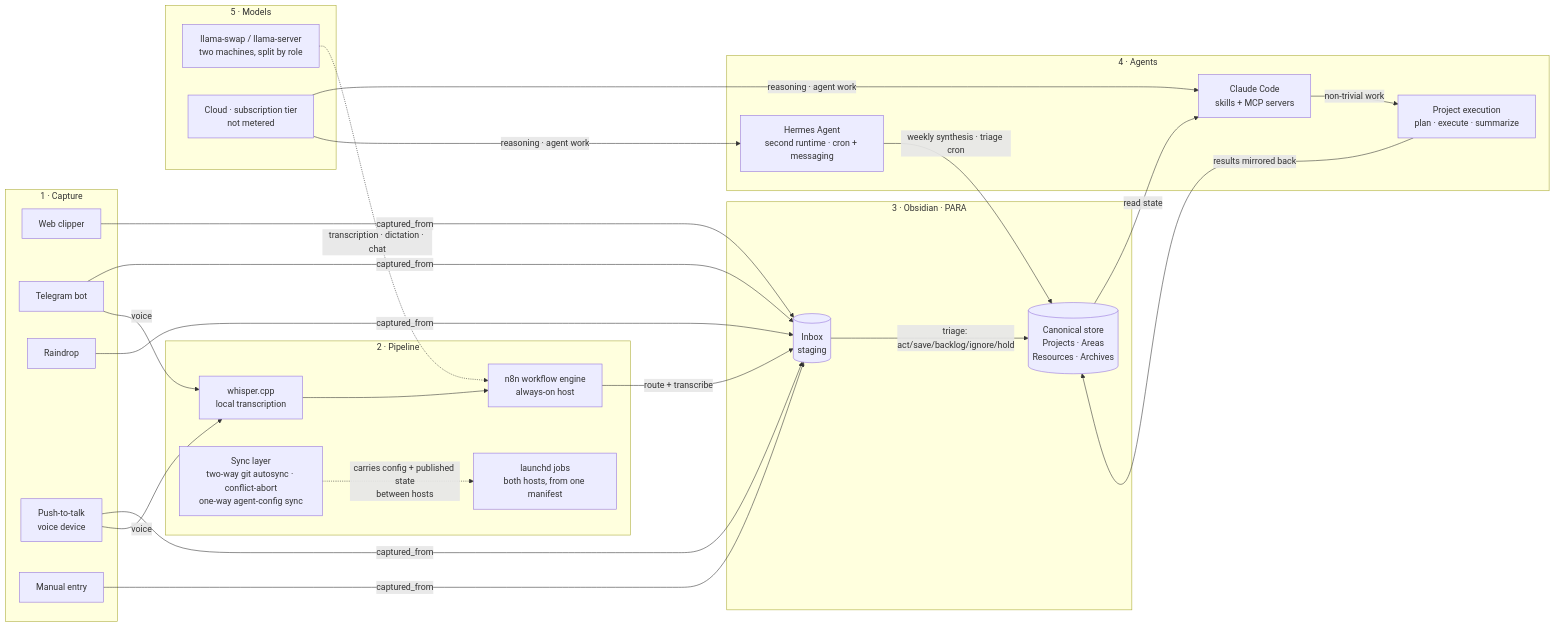
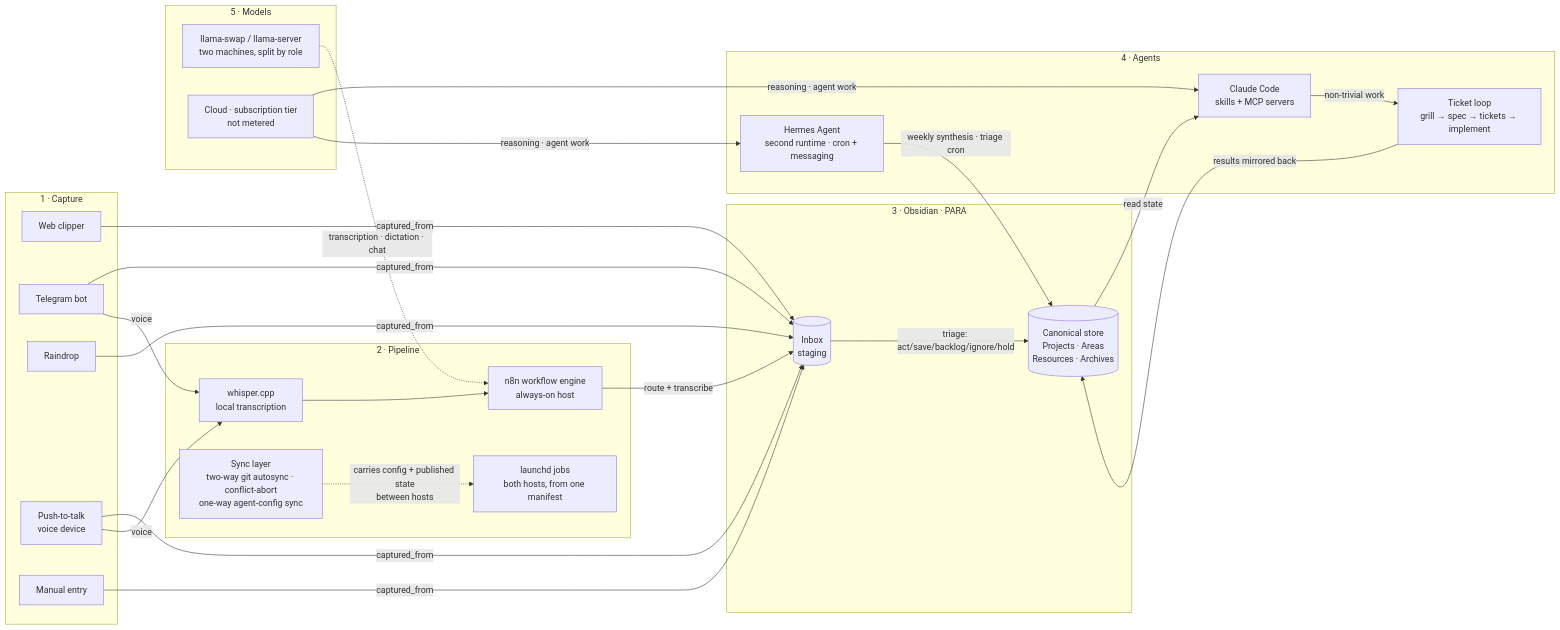
One commit to ozlar34/second-brain-system changed the diagram in README.md. Above: the diagram before and after it, drawn with Mermaid. The commit also changed other lines of this file, not shown here.

First line of the commit message:
docs: retire GSD references, document the companion cockpit (#2)

````diff
--- a/README.md
+++ b/README.md
@@ -32,45 +32,45 @@
 ```mermaid
 flowchart LR
     subgraph L1["1 · Capture"]
         WC[Web clipper]
         TG[Telegram bot]
         RD[Raindrop]
         R1[Push-to-talk<br/>voice device]
         MN[Manual entry]
     end
 
     subgraph L2["2 · Pipeline"]
         N8N[n8n workflow engine<br/>always-on host]
         SCHED[launchd jobs<br/>both hosts, from one manifest]
         STT[whisper.cpp<br/>local transcription]
         SYNC[Sync layer<br/>two-way git autosync · conflict-abort<br/>one-way agent-config sync]
     end
 
     subgraph L3["3 · Obsidian · PARA"]
         INBOX[(Inbox<br/>staging)]
         VAULT[(Canonical store<br/>Projects · Areas<br/>Resources · Archives)]
     end
 
     subgraph L4["4 · Agents"]
         SKILLS[Claude Code<br/>skills + MCP servers]
-        GSD[Project execution<br/>plan · execute · summarize]
+        TIX[Ticket loop<br/>grill → spec → tickets → implement]
         HERMES[Hermes Agent<br/>second runtime · cron + messaging]
     end
 
     subgraph L5["5 · Models"]
         LOCAL[llama-swap / llama-server<br/>two machines, split by role]
         CLOUD[Cloud · subscription tier<br/>not metered]
     end
 
     WC & TG & RD & R1 & MN -->|captured_from| INBOX
     N8N -->|route + transcribe| INBOX
     TG & R1 -->|voice| STT --> N8N
     INBOX -->|triage: act/save/backlog/ignore/hold| VAULT
     HERMES -->|weekly synthesis · triage cron| VAULT
     SYNC -.->|carries config + published state<br/>between hosts| SCHED
     VAULT -->|read state| SKILLS
-    SKILLS -->|non-trivial work| GSD
-    GSD -->|results mirrored back| VAULT
+    SKILLS -->|non-trivial work| TIX
+    TIX -->|results mirrored back| VAULT
     LOCAL -.->|transcription · dictation · chat| N8N
     CLOUD -->|reasoning · agent work| SKILLS & HERMES
 ```
````
